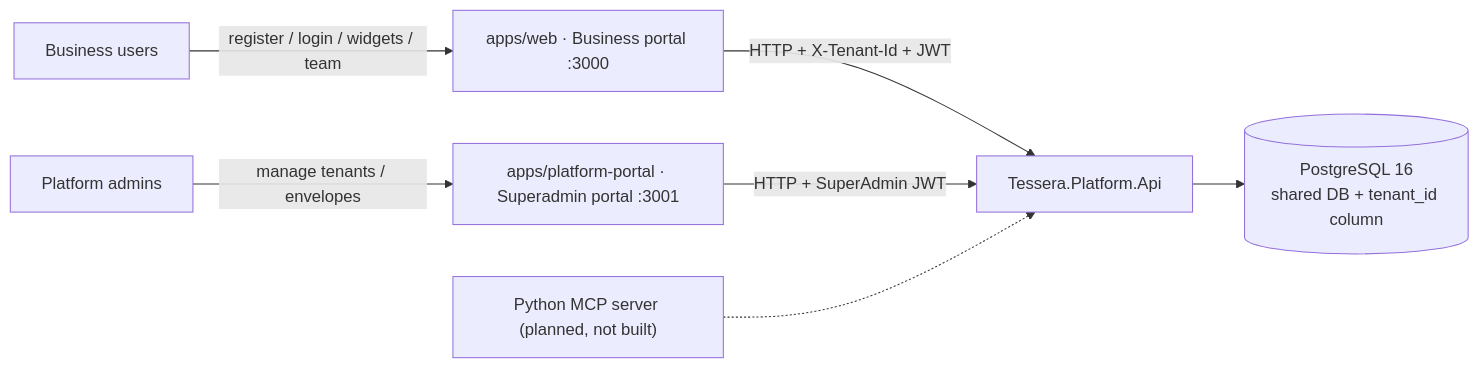
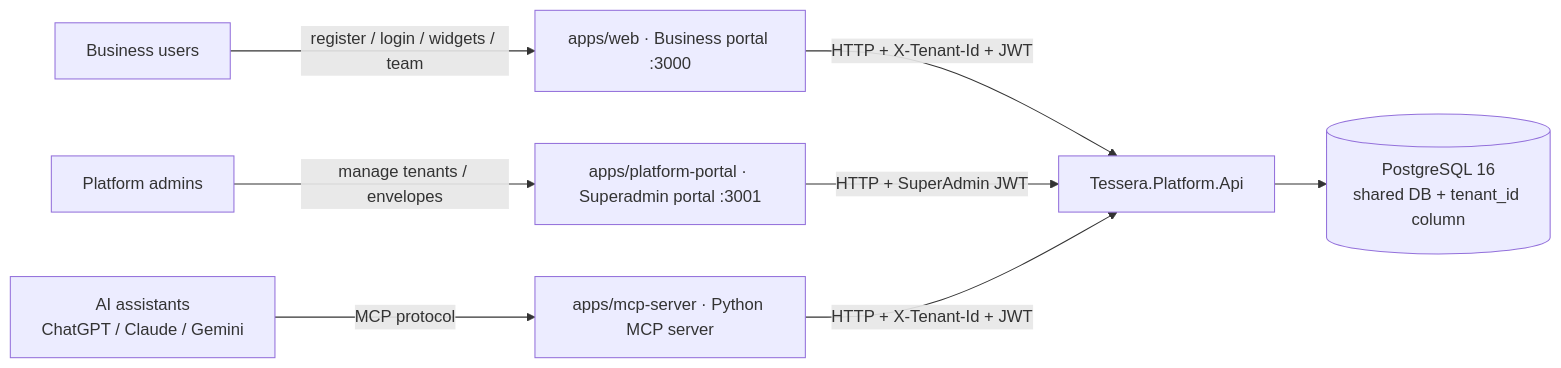
Before and after one commit to Haskeeb265/Tessra: the first of 9 diagrams in docs/ARCHITECTURE.md, drawn with Mermaid. The commit also changed other lines of this file and 18 other files, not shown here.

````diff
--- a/docs/ARCHITECTURE.md
+++ b/docs/ARCHITECTURE.md
@@ -17,9 +22,10 @@
 ```mermaid
 flowchart LR
     BU[Business users] -->|register / login / widgets / team| WEB["apps/web · Business portal :3000"]
     SA[Platform admins] -->|manage tenants / envelopes| PP["apps/platform-portal · Superadmin portal :3001"]
     WEB -->|HTTP + X-Tenant-Id + JWT| API["Tessera.Platform.Api"]
     PP -->|HTTP + SuperAdmin JWT| API
     API --> DB[("PostgreSQL 16<br/>shared DB + tenant_id column")]
-    MCP["Python MCP server (planned, not built)"] -.-> API
+    AI[AI assistants<br/>ChatGPT / Claude / Gemini] -->|MCP protocol| MCP["apps/mcp-server · Python MCP server"]
+    MCP -->|HTTP + X-Tenant-Id + JWT| API
 ```
````
